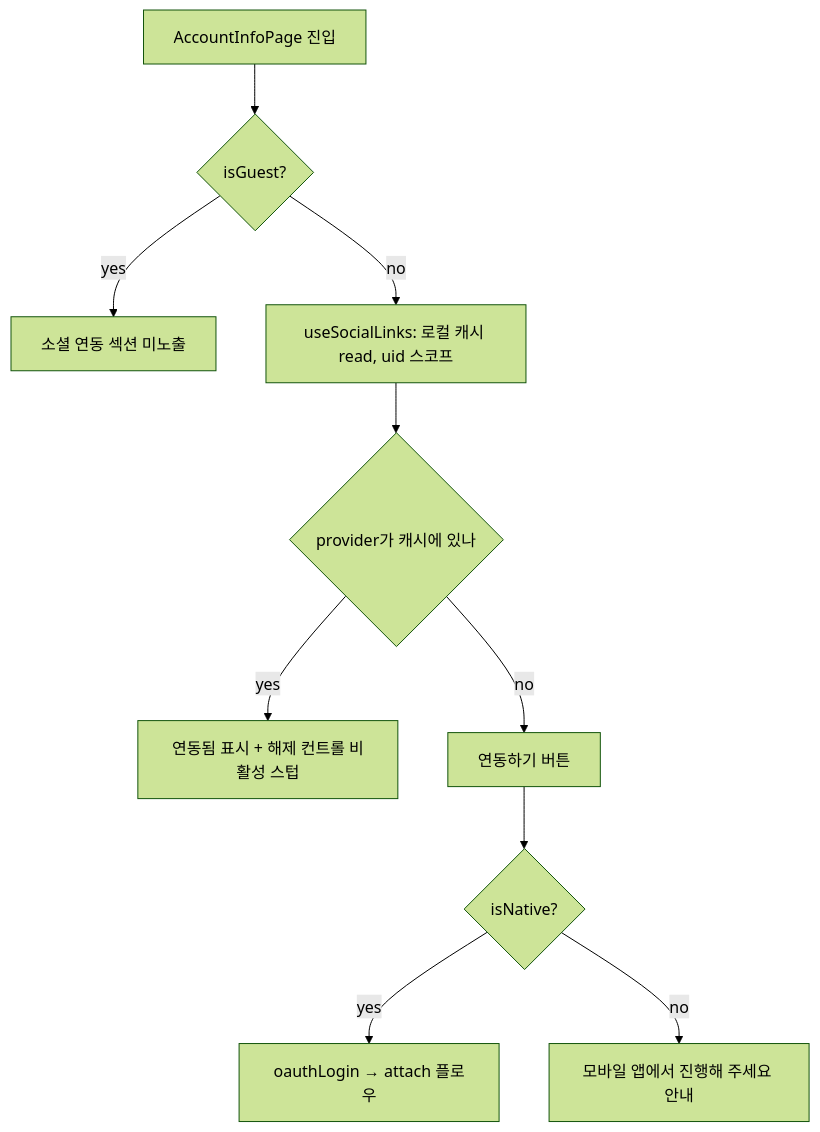
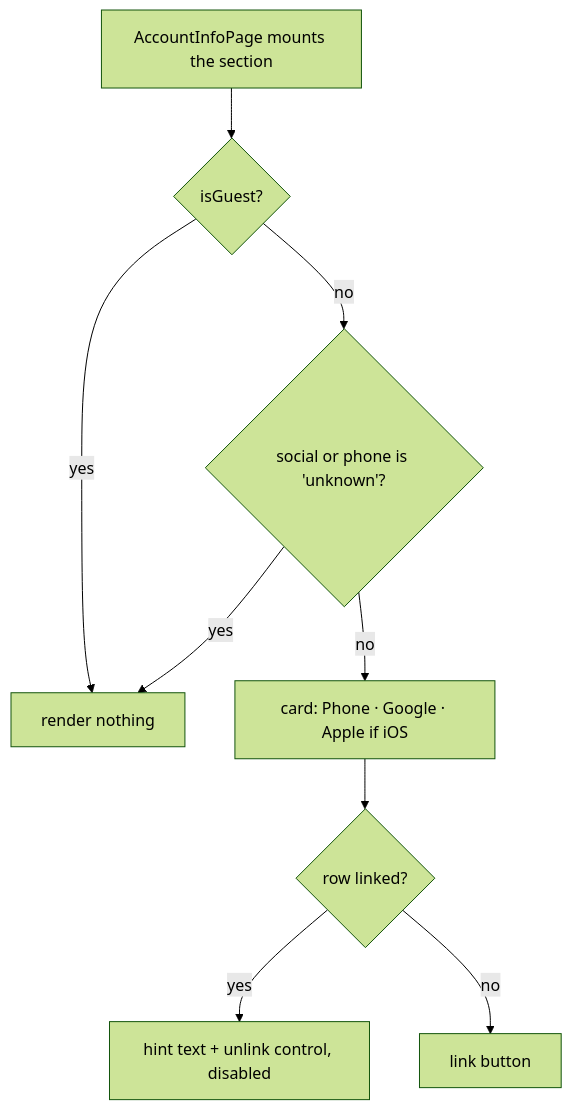
The diagram in apps/web/docs/feature/account/social-links.md (lemoncloud-io/dou-app), drawn with Mermaid (forest theme) before and after one commit. The commit also changed other lines of this file, not shown here.

First line of the commit message:
docs(web): rewrite the account-linking screen doc in english

````diff
--- a/apps/web/docs/feature/account/social-links.md
+++ b/apps/web/docs/feature/account/social-links.md
@@ -137,12 +112,11 @@
 ```mermaid
 flowchart TD
-    A[AccountInfoPage 진입] --> B{isGuest?}
-    B -- yes --> Z[소셜 연동 섹션 미노출]
-    B -- no --> C[useSocialLinks: 로컬 캐시 read, uid 스코프]
-    C --> D{provider가 캐시에 있나}
-    D -- yes --> E["연동됨" 표시 + 해제 컨트롤 비활성 스텁]
-    D -- no --> F["연동하기" 버튼]
-    F --> G{isNative?}
-    G -- yes --> H[oauthLogin → attach 플로우]
-    G -- no --> I["모바일 앱에서 진행해 주세요" 안내]
+    A[AccountInfoPage mounts the section] --> B{isGuest?}
+    B -- yes --> Z[render nothing]
+    B -- no --> C{social or phone is 'unknown'?}
+    C -- yes --> Z
+    C -- no --> D[card: Phone · Google · Apple if iOS]
+    D --> E{row linked?}
+    E -- yes --> F[hint text + unlink control, disabled]
+    E -- no --> G[link button]
 ```
````
